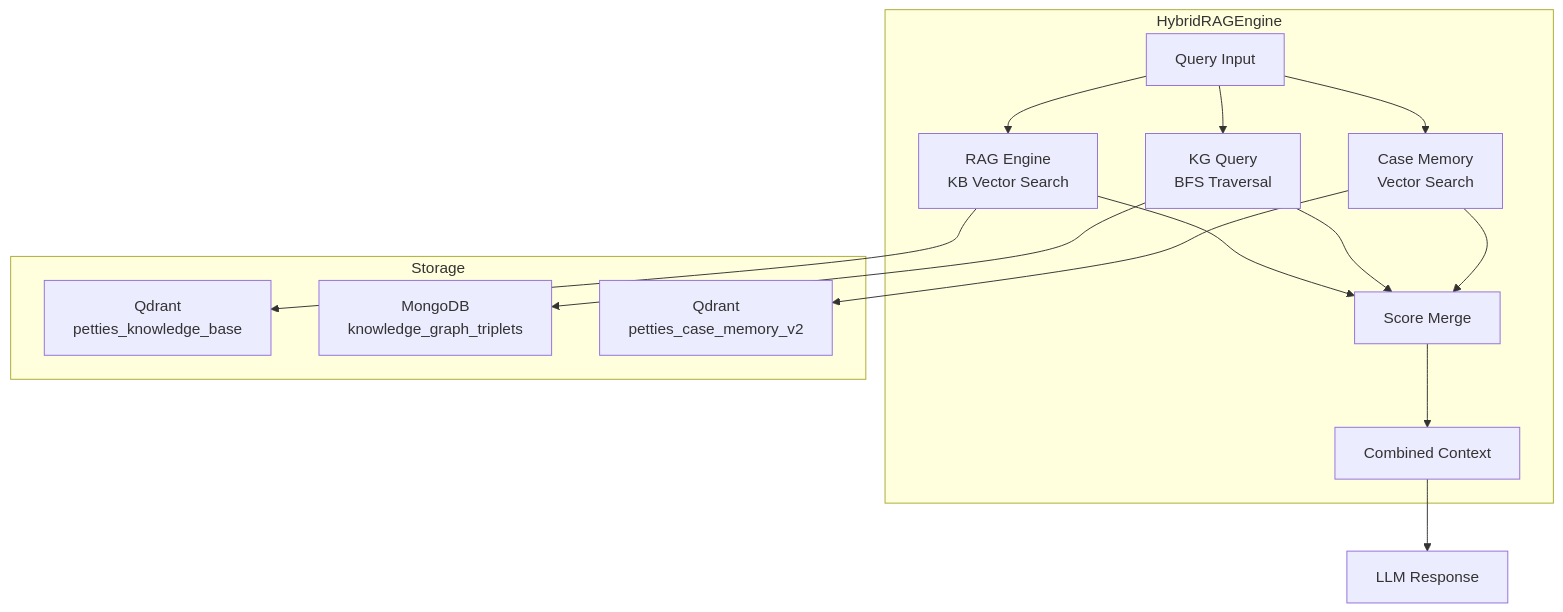
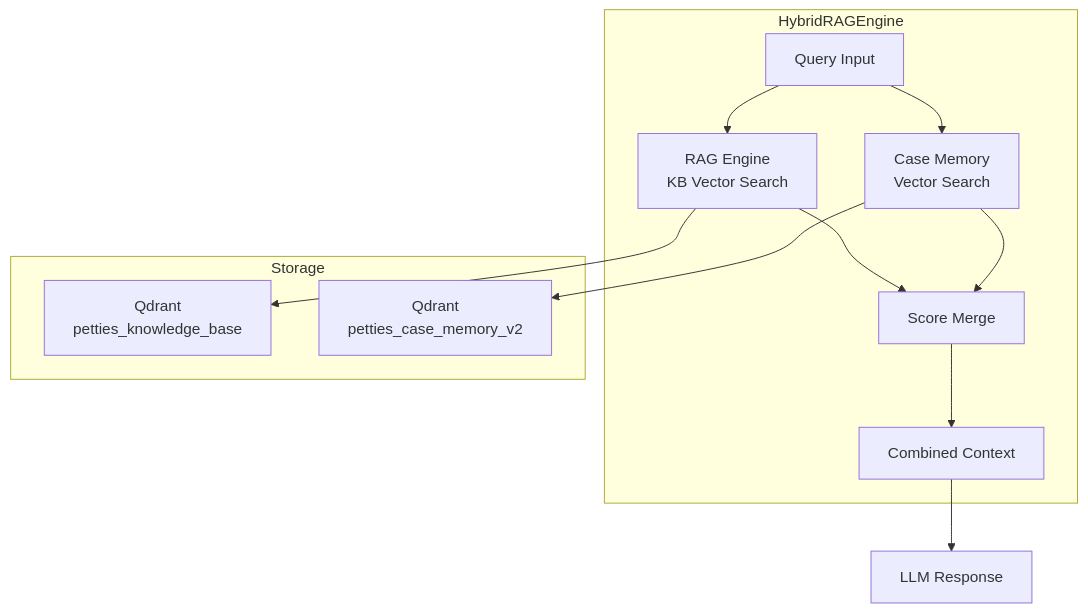
The second of 4 diagrams in docs-references/ai_diagnose_service/RAG_ENGINE_SPECIFICATION.md (espresso23/Petties-Veterinary-Appointment-Booking-Platform), drawn with Mermaid before and after one commit. The commit also changed other lines of this file and 115 other files, not shown here.

````diff
--- a/docs-references/ai_diagnose_service/RAG_ENGINE_SPECIFICATION.md
+++ b/docs-references/ai_diagnose_service/RAG_ENGINE_SPECIFICATION.md
@@ -240,23 +132,20 @@
 ```mermaid
 flowchart TB
     subgraph HybridRAG[HybridRAGEngine]
         Q[Query Input]
         Q --> RAG[RAG Engine<br/>KB Vector Search]
-        Q --> KG[KG Query<br/>BFS Traversal]
         Q --> CM[Case Memory<br/>Vector Search]
         
         RAG --> Merge[Score Merge]
-        KG --> Merge
         CM --> Merge
         
         Merge --> C[Combined Context]
     end
     
     C --> LLM[LLM Response]
     
     subgraph Storage
         RAG --> QD_KB[Qdrant<br/>petties_knowledge_base]
-        KG --> MG[MongoDB<br/>knowledge_graph_triplets]
         CM --> QD_CM[Qdrant<br/>petties_case_memory_v2]
     end
 ```
````
